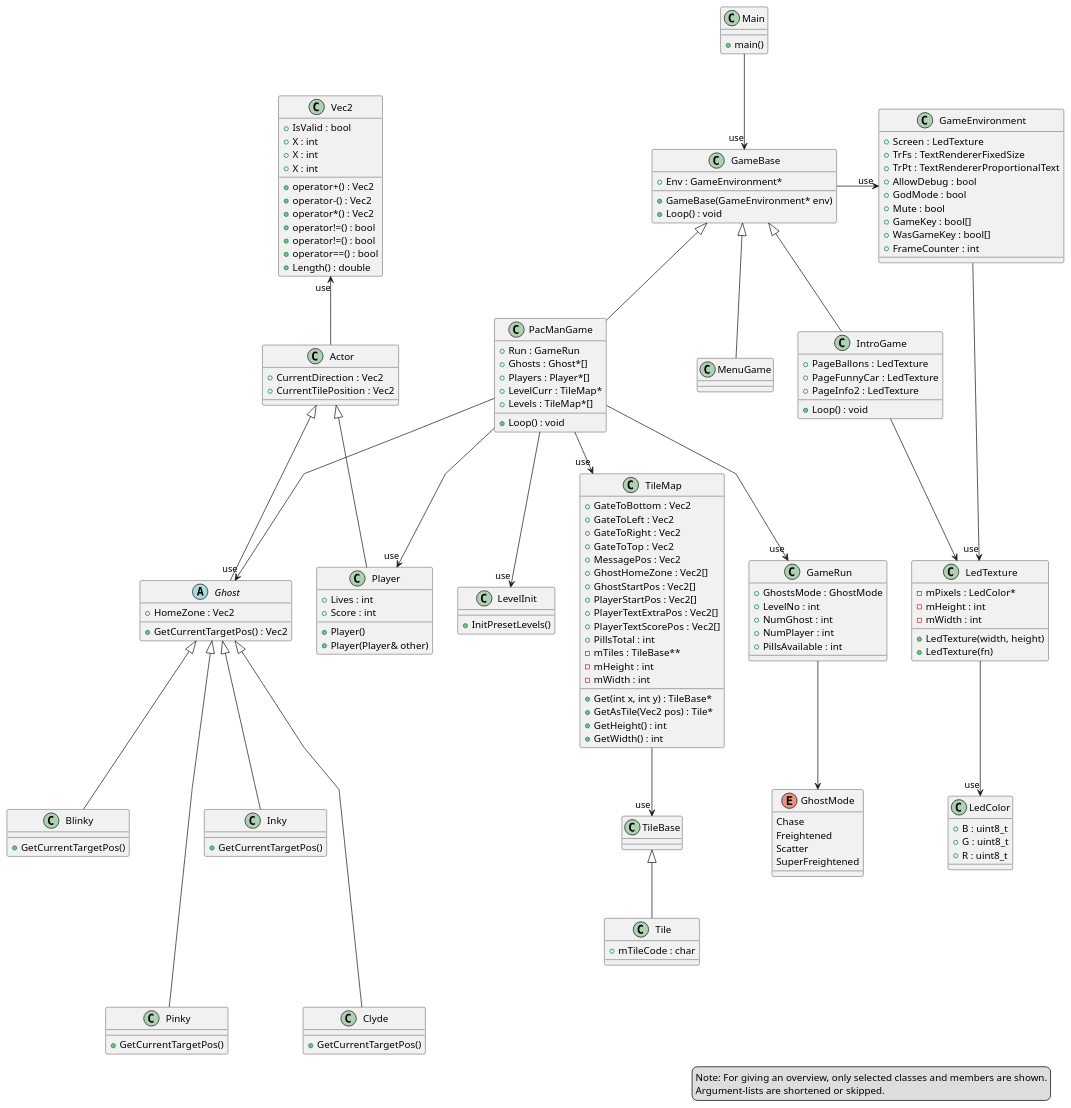
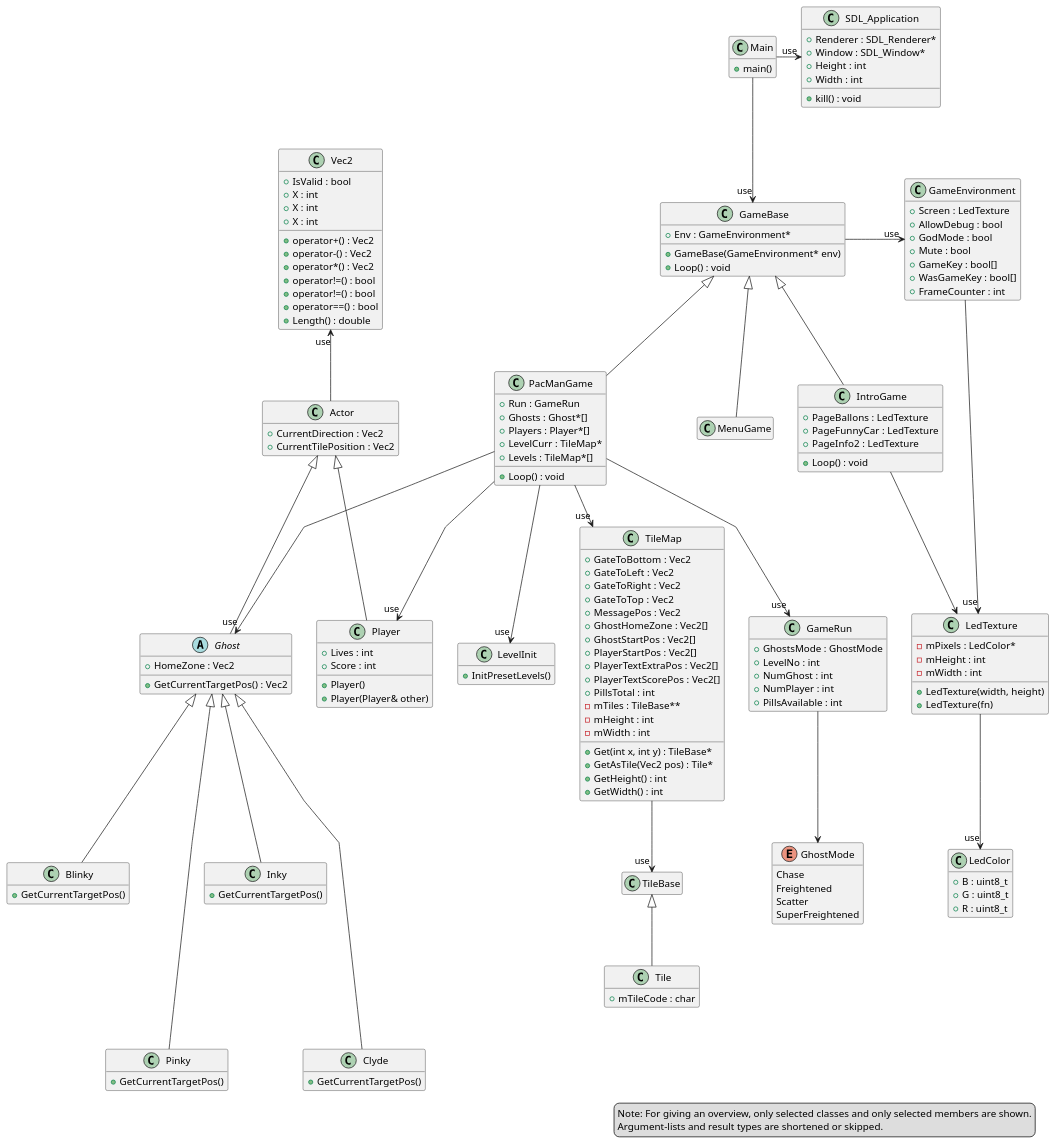
Before and after one commit to MichaelHoffmeisterFesto/led-pong: the diagram in UML/ClassOverview.puml, drawn with PlantUML. The commit also changed 37 other files, not shown here.

```diff
--- a/UML/ClassOverview.puml
+++ b/UML/ClassOverview.puml
@@ -1,15 +1,24 @@
 @startuml
 
+hide empty members
 skinparam linetype polyline
+
+class SDL_Application {
+	+Renderer : SDL_Renderer*
+	+Window : SDL_Window*
+	+Height : int
+	+Width : int
+	+kill() : void
+}
 
 class Main {
     + main()
 }
 
+Main -right-> "use" SDL_Application
+
 class GameEnvironment {
 	+Screen : LedTexture
-	+TrFs : TextRendererFixedSize
-	+TrPt : TextRendererProportionalText
 	+AllowDebug : bool
 	+GodMode : bool
 	+Mute : bool
@@ -199,8 +208,8 @@
 GameEnvironment --> "use" LedTexture
 
 legend right
-  Note: For giving an overview, only selected classes and members are shown.
-  Argument-lists are shortened or skipped.
+  Note: For giving an overview, only selected classes and only selected members are shown.
+  Argument-lists and result types are shortened or skipped.
 endlegend
 
 @enduml
```
